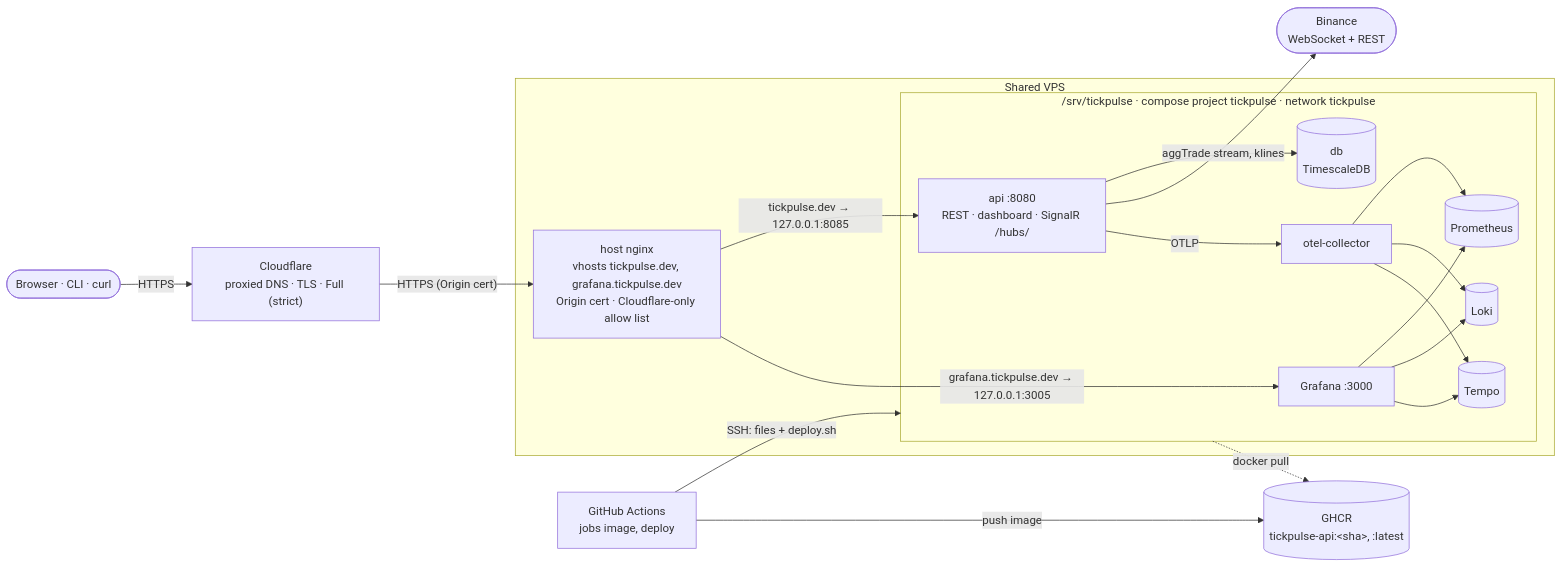
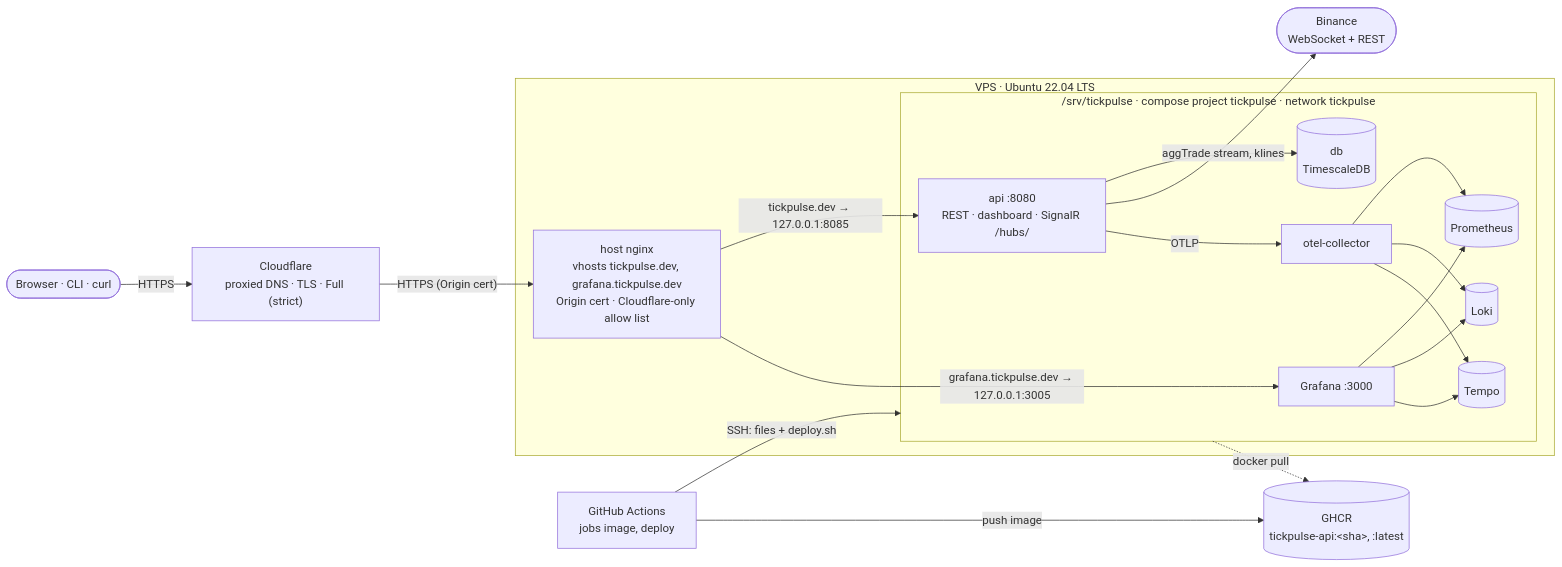
The first of 2 diagrams in docs/deployment.md (goofy5752/tickpulse), drawn with Mermaid before and after one commit. The commit also changed other lines of this file and 3 other files, not shown here.

````diff
--- a/docs/deployment.md
+++ b/docs/deployment.md
@@ -20,35 +20,35 @@
 ```mermaid
 flowchart LR
     visitor(["Browser · CLI · curl"])
     cf["Cloudflare<br/>proxied DNS · TLS · Full (strict)"]
     gha["GitHub Actions<br/>jobs image, deploy"]
     ghcr[("GHCR<br/>tickpulse-api:&lt;sha&gt;, :latest")]
 
-    subgraph vps["Shared VPS"]
+    subgraph vps["VPS · Ubuntu 22.04 LTS"]
         nginx["host nginx<br/>vhosts tickpulse.dev, grafana.tickpulse.dev<br/>Origin cert · Cloudflare-only allow list"]
         subgraph proj["/srv/tickpulse · compose project tickpulse · network tickpulse"]
             api["api :8080<br/>REST · dashboard · SignalR /hubs/"]
             db[("db<br/>TimescaleDB")]
             col["otel-collector"]
             prom[("Prometheus")]
             loki[("Loki")]
             tempo[("Tempo")]
             graf["Grafana :3000"]
         end
     end
 
     binance(["Binance<br/>WebSocket + REST"])
 
     visitor -- HTTPS --> cf
     cf -- "HTTPS (Origin cert)" --> nginx
     nginx -- "tickpulse.dev → 127.0.0.1:8085" --> api
     nginx -- "grafana.tickpulse.dev → 127.0.0.1:3005" --> graf
     api --> db
     api -- "aggTrade stream, klines" --> binance
     api -- OTLP --> col
     col --> prom & loki & tempo
     graf --> prom & loki & tempo
     gha -- "push image" --> ghcr
     gha -- "SSH: files + deploy.sh" --> proj
     proj -. "docker pull" .-> ghcr
 ```
````
